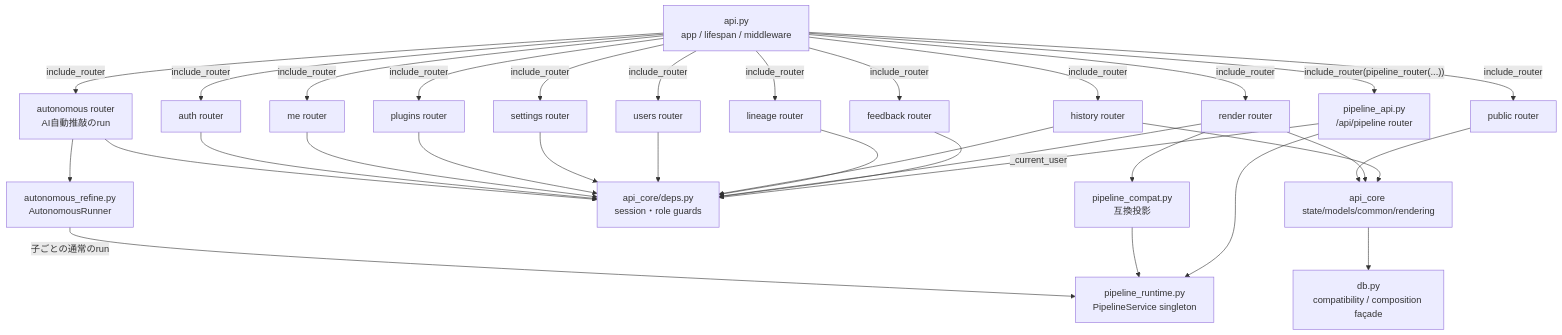
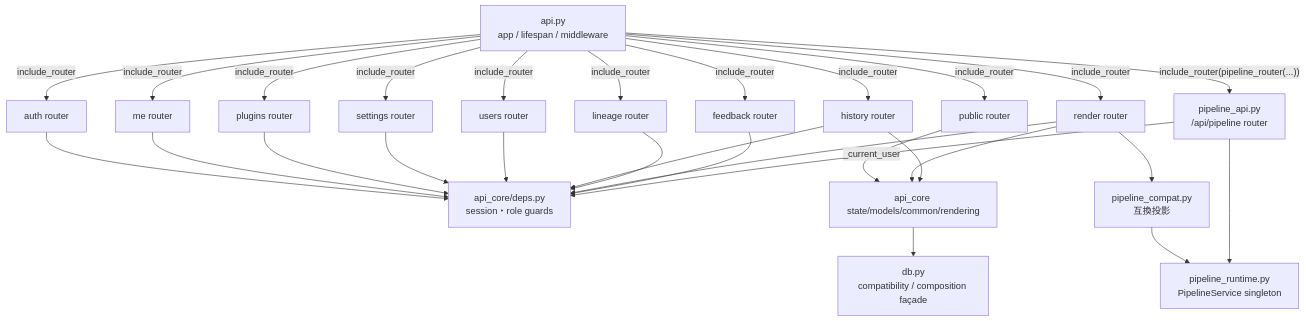
One commit to oikawas/inku-lang changed the first of 5 diagrams in docs/architecture/server-components.ja.md. Above: the diagram before and after it, drawn with Mermaid. The commit also changed other lines of this file and 40 other files, not shown here.

````diff
--- a/docs/architecture/server-components.ja.md
+++ b/docs/architecture/server-components.ja.md
@@ -7,55 +7,49 @@
 ```mermaid
 flowchart TD
     API_PY["api.py\napp / lifespan / middleware"]
     PUB["public router"]
     AUTH["auth router"]
     ME["me router"]
     PLUGINS["plugins router"]
     SETTINGS["settings router"]
     USERS["users router"]
     HISTORY["history router"]
     LINEAGE["lineage router"]
     RENDER["render router"]
     FEEDBACK["feedback router"]
-    AUTONOMOUS["autonomous router\nAI自動推敲のrun"]
-    AUTO_RUNNER["autonomous_refine.py\nAutonomousRunner"]
     PIPELINE["pipeline_api.py\n/api/pipeline router"]
     DEPS["api_core/deps.py\nsession・role guards"]
     SHARED["api_core state/models/common/rendering"]
     COMPAT["pipeline_compat.py\n互換投影"]
     SERVICE["pipeline_runtime.py\nPipelineService singleton"]
     DB["db.py\ncompatibility / composition façade"]
 
     API_PY -->|"include_router"| PUB
     API_PY -->|"include_router"| AUTH
     API_PY -->|"include_router"| ME
     API_PY -->|"include_router"| PLUGINS
     API_PY -->|"include_router"| SETTINGS
     API_PY -->|"include_router"| USERS
     API_PY -->|"include_router"| HISTORY
     API_PY -->|"include_router"| LINEAGE
     API_PY -->|"include_router"| RENDER
     API_PY -->|"include_router"| FEEDBACK
-    API_PY -->|"include_router"| AUTONOMOUS
     API_PY -->|"include_router(pipeline_router(...))"| PIPELINE
-    AUTONOMOUS --> DEPS
-    AUTONOMOUS --> AUTO_RUNNER
-    AUTO_RUNNER -->|"子ごとの通常のrun"| SERVICE
     AUTH --> DEPS
     ME --> DEPS
     PLUGINS --> DEPS
     SETTINGS --> DEPS
     USERS --> DEPS
     HISTORY --> DEPS
     LINEAGE --> DEPS
     RENDER --> DEPS
     FEEDBACK --> DEPS
     PIPELINE -->|"_current_user"| DEPS
     PUB --> SHARED
     RENDER --> SHARED
     RENDER --> COMPAT
     COMPAT --> SERVICE
     PIPELINE --> SERVICE
     HISTORY --> SHARED
     SHARED --> DB
 ```
````
